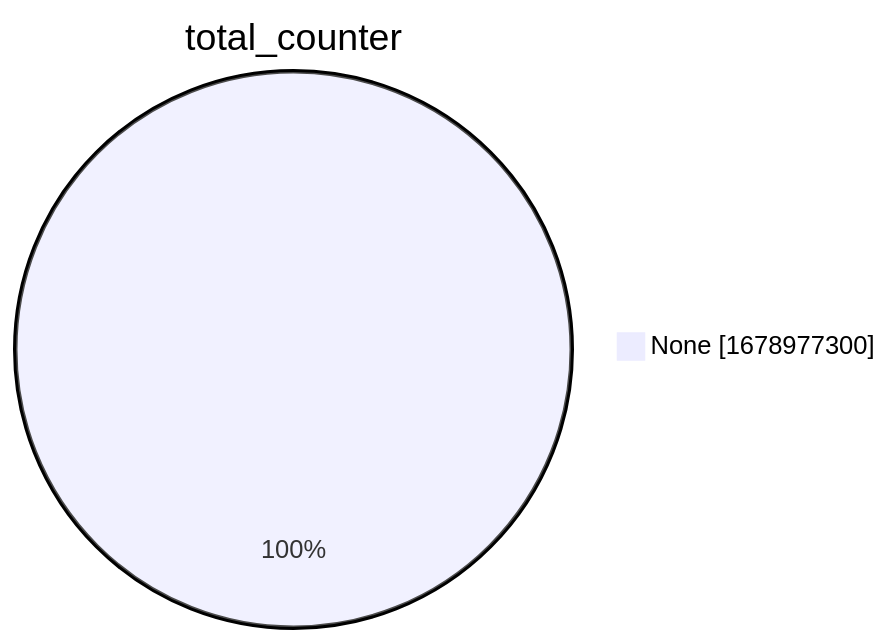
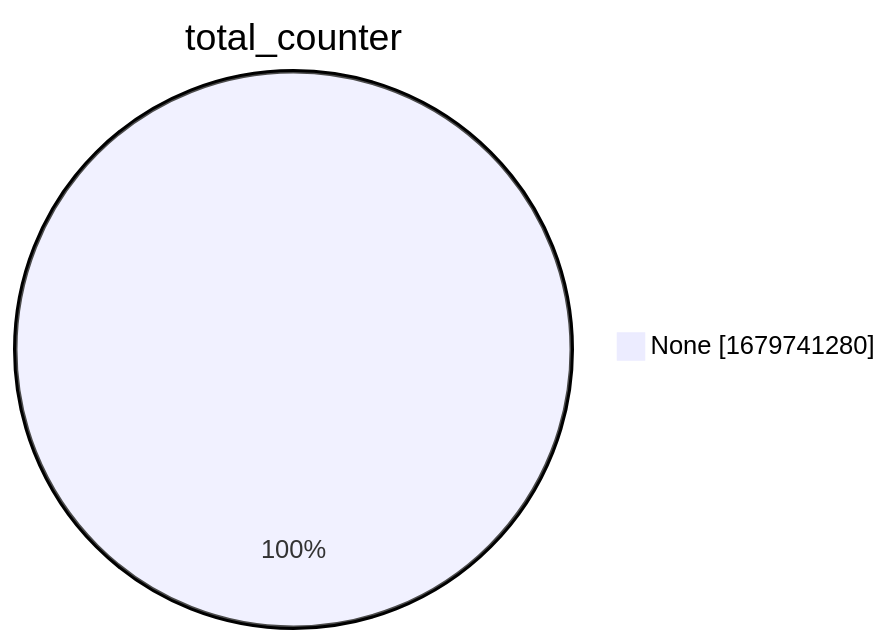
The second of 15 diagrams in xenon2022/README.md (christiankrug/ctmonitor_visualization), drawn with Mermaid before and after one commit. The commit also changed other lines of this file, not shown here.

````diff
--- a/xenon2022/README.md
+++ b/xenon2022/README.md
@@ -9,5 +9,5 @@
 ```mermaid
 pie showData
 title total_counter
-"None" :1678977300
+"None" :1679741280
 ```
````
